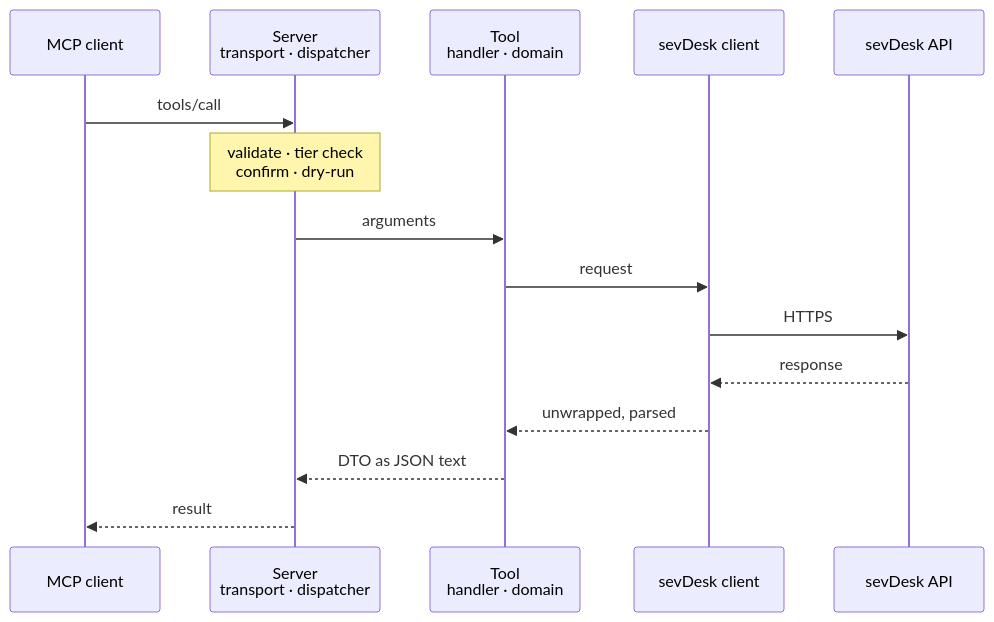
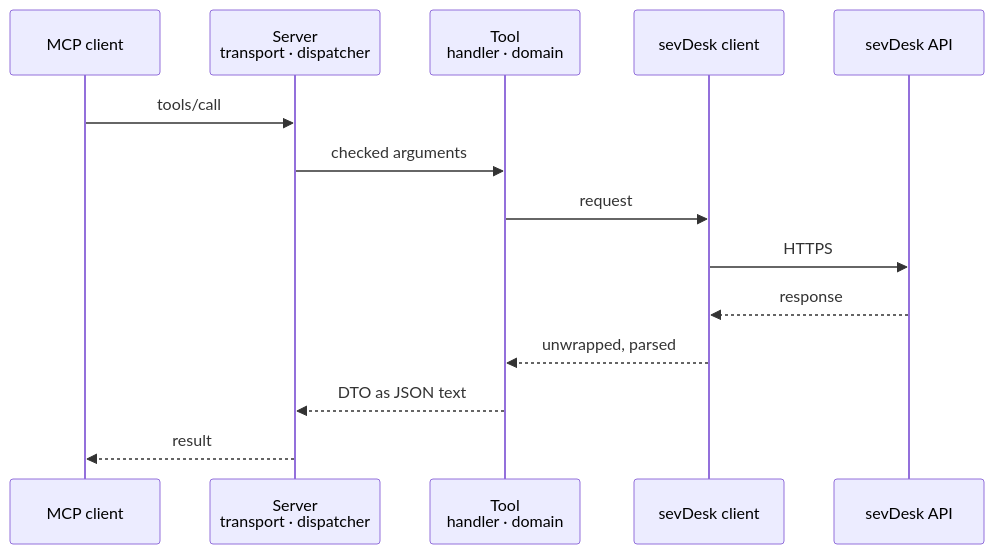
One commit to jaylann/mcp-server-sevdesk changed the diagram in docs/architecture.md. Above: the diagram before and after it, drawn with Mermaid. The commit also changed 1 other file, not shown here.

Commit message:
docs: name the dispatcher's checks in the lifecycle's message
The diagram renderer drew the two-line note narrower than its text; the message now says the arguments are checked, and the steps below the diagram list the checks.

````diff
--- a/docs/architecture.md
+++ b/docs/architecture.md
@@ -131,17 +131,16 @@
 ```mermaid
 sequenceDiagram
   participant C as MCP client
   participant D as Server<br/>transport · dispatcher
   participant H as Tool<br/>handler · domain
   participant K as sevDesk client
   participant A as sevDesk API
   C->>D: tools/call
-  Note over D: validate · tier check<br/>confirm · dry-run
-  D->>H: arguments
+  D->>H: checked arguments
   H->>K: request
   K->>A: HTTPS
   A-->>K: response
   K-->>H: unwrapped, parsed
   H-->>D: DTO as JSON text
   D-->>C: result
 ```
````
